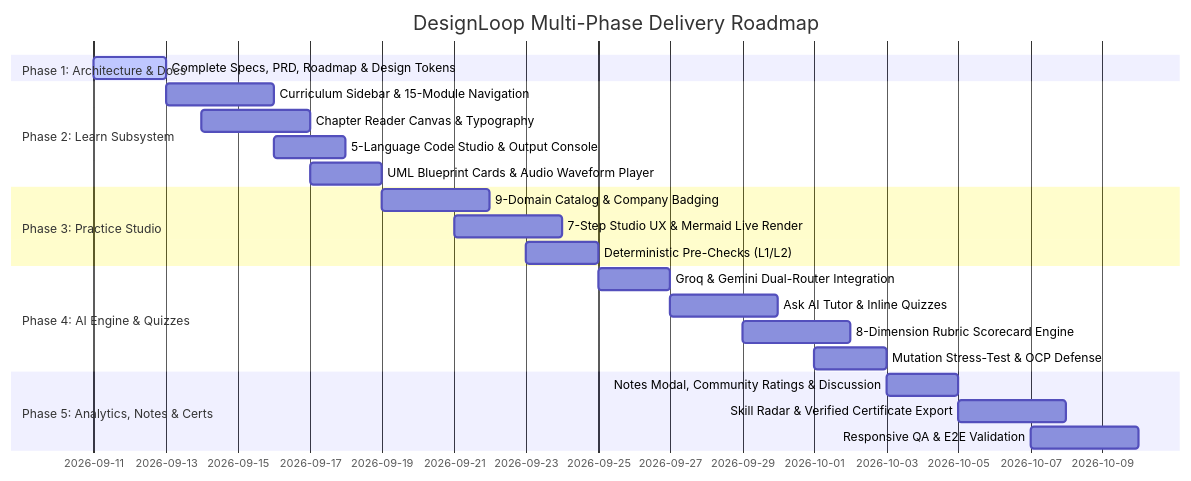
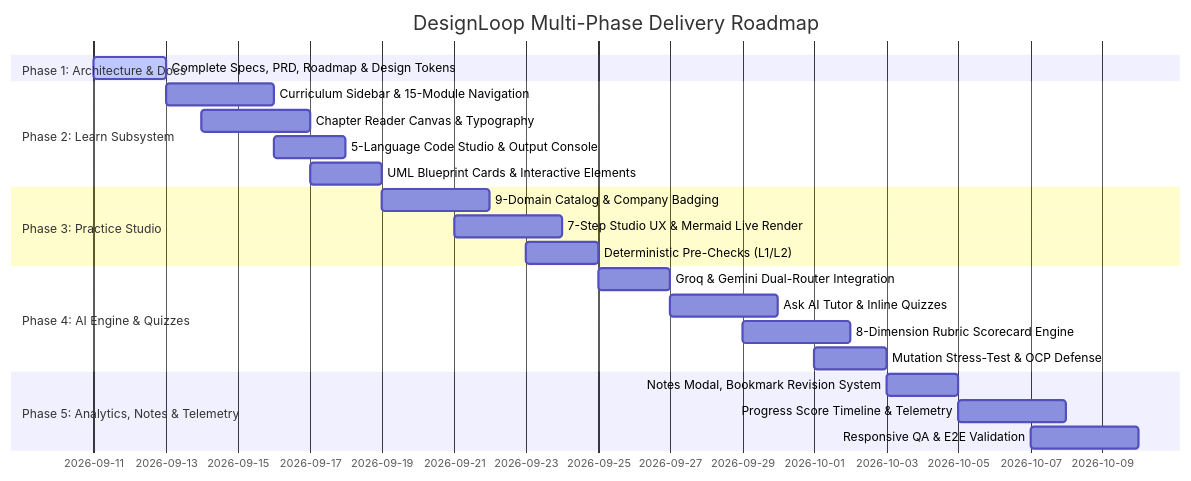
The second of 2 diagrams in docs/MASTER_ROADMAP_LLD_PLATFORM.md (SachinManral/DesignLoop), drawn with Mermaid before and after one commit. The commit also changed other lines of this file and 6 other files, not shown here.

````diff
--- a/docs/MASTER_ROADMAP_LLD_PLATFORM.md
+++ b/docs/MASTER_ROADMAP_LLD_PLATFORM.md
@@ -63,25 +62,25 @@
 ```mermaid
 gantt
     title DesignLoop Multi-Phase Delivery Roadmap
     dateFormat  YYYY-MM-DD
     section Phase 1: Architecture & Docs
     Complete Specs, PRD, Roadmap & Design Tokens :active, p1_1, 2026-09-11, 2d
     section Phase 2: Learn Subsystem
     Curriculum Sidebar & 15-Module Navigation   :p2_1, 2026-09-13, 3d
     Chapter Reader Canvas & Typography           :p2_2, 2026-09-14, 3d
     5-Language Code Studio & Output Console      :p2_3, 2026-09-16, 2d
-    UML Blueprint Cards & Audio Waveform Player  :p2_4, 2026-09-17, 2d
+    UML Blueprint Cards & Interactive Elements   :p2_4, 2026-09-17, 2d
     section Phase 3: Practice Studio
     9-Domain Catalog & Company Badging           :p3_1, 2026-09-19, 3d
     7-Step Studio UX & Mermaid Live Render       :p3_2, 2026-09-21, 3d
     Deterministic Pre-Checks (L1/L2)             :p3_3, 2026-09-23, 2d
     section Phase 4: AI Engine & Quizzes
     Groq & Gemini Dual-Router Integration        :p4_1, 2026-09-25, 2d
     Ask AI Tutor & Inline Quizzes                :p4_2, 2026-09-27, 3d
     8-Dimension Rubric Scorecard Engine          :p4_3, 2026-09-29, 3d
     Mutation Stress-Test & OCP Defense           :p4_4, 2026-10-01, 2d
-    section Phase 5: Analytics, Notes & Certs
-    Notes Modal, Community Ratings & Discussion  :p5_1, 2026-10-03, 2d
-    Skill Radar & Verified Certificate Export    :p5_2, 2026-10-05, 3d
+    section Phase 5: Analytics, Notes & Telemetry
+    Notes Modal, Bookmark Revision System        :p5_1, 2026-10-03, 2d
+    Progress Score Timeline & Telemetry          :p5_2, 2026-10-05, 3d
     Responsive QA & E2E Validation               :p5_3, 2026-10-07, 3d
 ```
````
